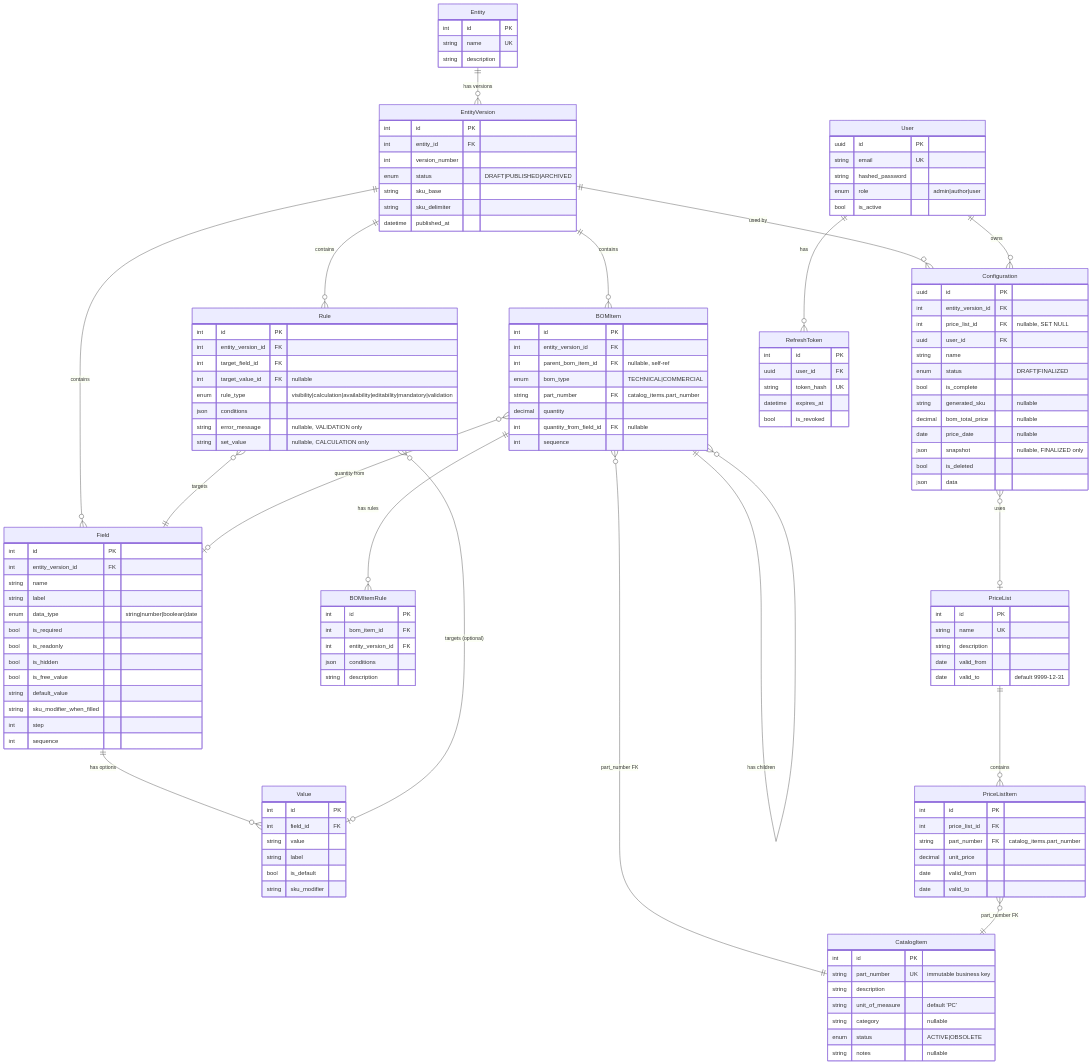
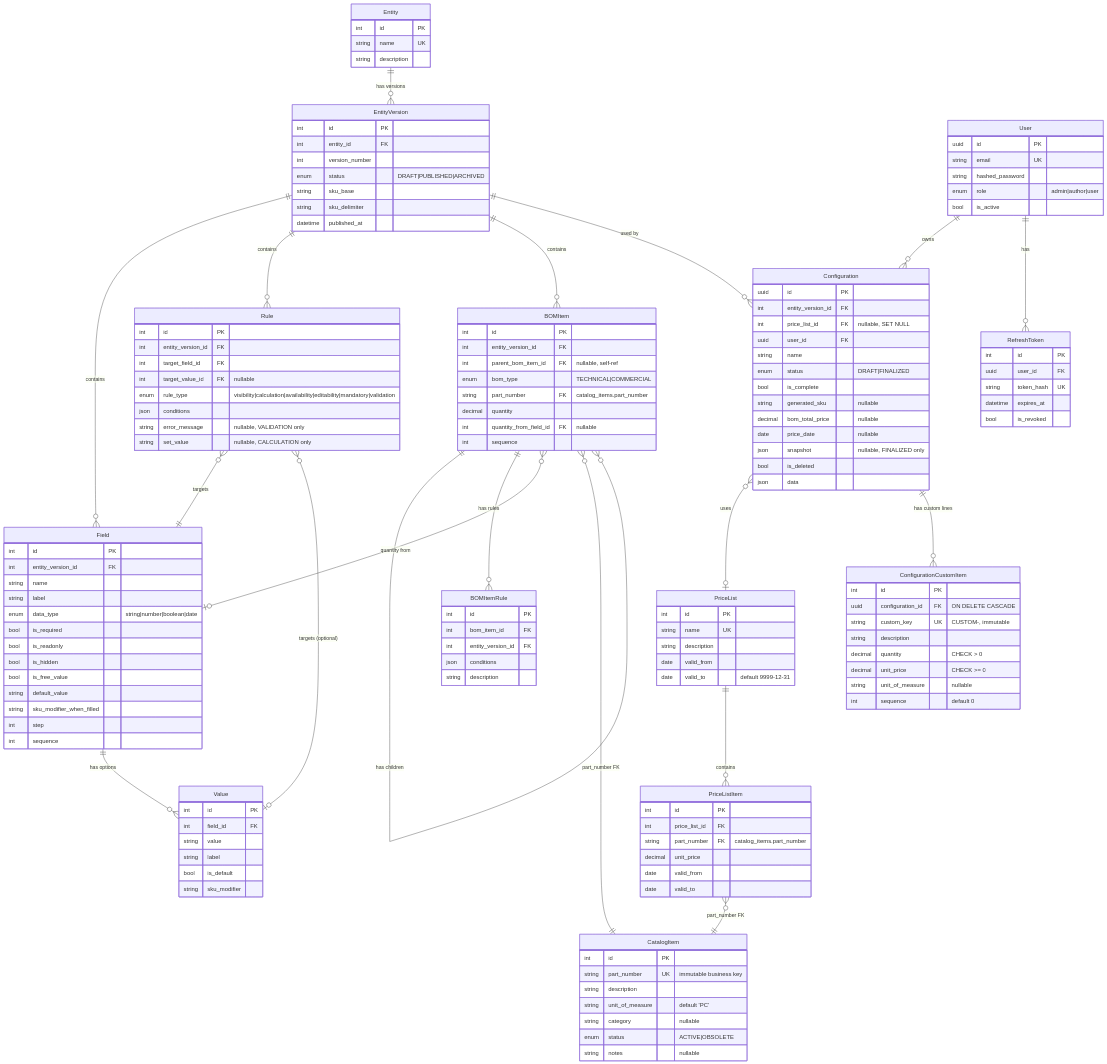
One commit to matteop3/rule_engine changed the first of 4 diagrams in README.md. Above: the diagram before and after it, drawn with Mermaid. The commit also changed other lines of this file and 17 other files, not shown here.

Commit message:
Add ConfigurationCustomItem: commercial lines with snapshot immunity.

```diff
--- a/README.md
+++ b/README.md
@@ -305,6 +315,7 @@
     PriceList ||--o{ PriceListItem : "contains"
     PriceListItem }o--|| CatalogItem : "part_number FK"
     Configuration }o--o| PriceList : "uses"
+    Configuration ||--o{ ConfigurationCustomItem : "has custom lines"
     User ||--o{ Configuration : "owns"
     User ||--o{ RefreshToken : "has"
 
@@ -398,6 +409,17 @@
         date valid_to
     }
 
+    ConfigurationCustomItem {
+        int id PK
+        uuid configuration_id FK "ON DELETE CASCADE"
+        string custom_key UK "CUSTOM-<uuid8>, immutable"
+        string description
+        decimal quantity "CHECK > 0"
+        decimal unit_price "CHECK >= 0"
+        string unit_of_measure "nullable"
+        int sequence "default 0"
+    }
+
     BOMItemRule {
         int id PK
         int bom_item_id FK
```
